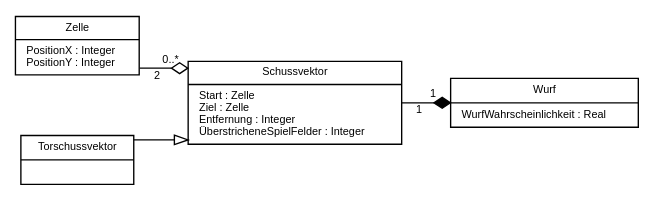
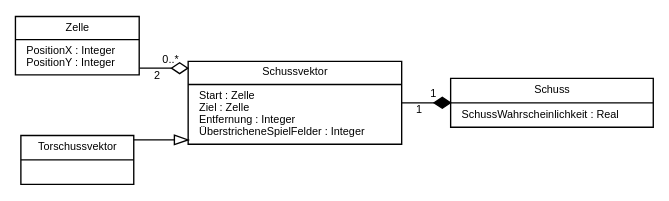
The diagram in Meilenstein01/wurf.dot (SoPra-Team-10/SopraGruppe10), drawn with Graphviz before and after one commit. The commit also changed 4 other files, not shown here.

```diff
--- a/Meilenstein01/wurf.dot
+++ b/Meilenstein01/wurf.dot
@@ -1,50 +1,50 @@
 digraph G {
     fontname = "Helvetica"
     fontsize = 8
     rankdir="LR";
     nodesep = "0.6"
     splines=ortho
 
     node [
         fontname = "Helvetica"
         fontsize = 8
         shape = "record"
     ]
 
     edge [
         fontname = "Helvetica"
         fontsize = 8
         arrowhead = "onormal"
         labeldistance = 1.4
     ]
 
     Zelle [
         label = "Zelle|PositionX : Integer\lPositionY : Integer\l"
     ]
 
     Schussvektor [
         label = "Schussvektor|Start : Zelle\lZiel : Zelle\lEntfernung : Integer\lÜberstricheneSpielFelder : Integer\l"
     ]
 
     Torschussvektor [
         label = "Torschussvektor|"
     ]
 
     Torschussvektor -> Schussvektor
 
     Wurf [
-        label = "Wurf|WurfWahrscheinlichkeit : Real\l"
+        label = "Schuss|SchussWahrscheinlichkeit : Real\l"
     ]
 
     Schussvektor -> Wurf [
         arrowhead = "diamond";
         headlabel = "1"
         taillabel = "1"
     ]
 
     Zelle -> Schussvektor [
         arrowhead = "odiamond";
         headlabel = "0..*"
         taillabel = "2"
     ]
 }    
```
